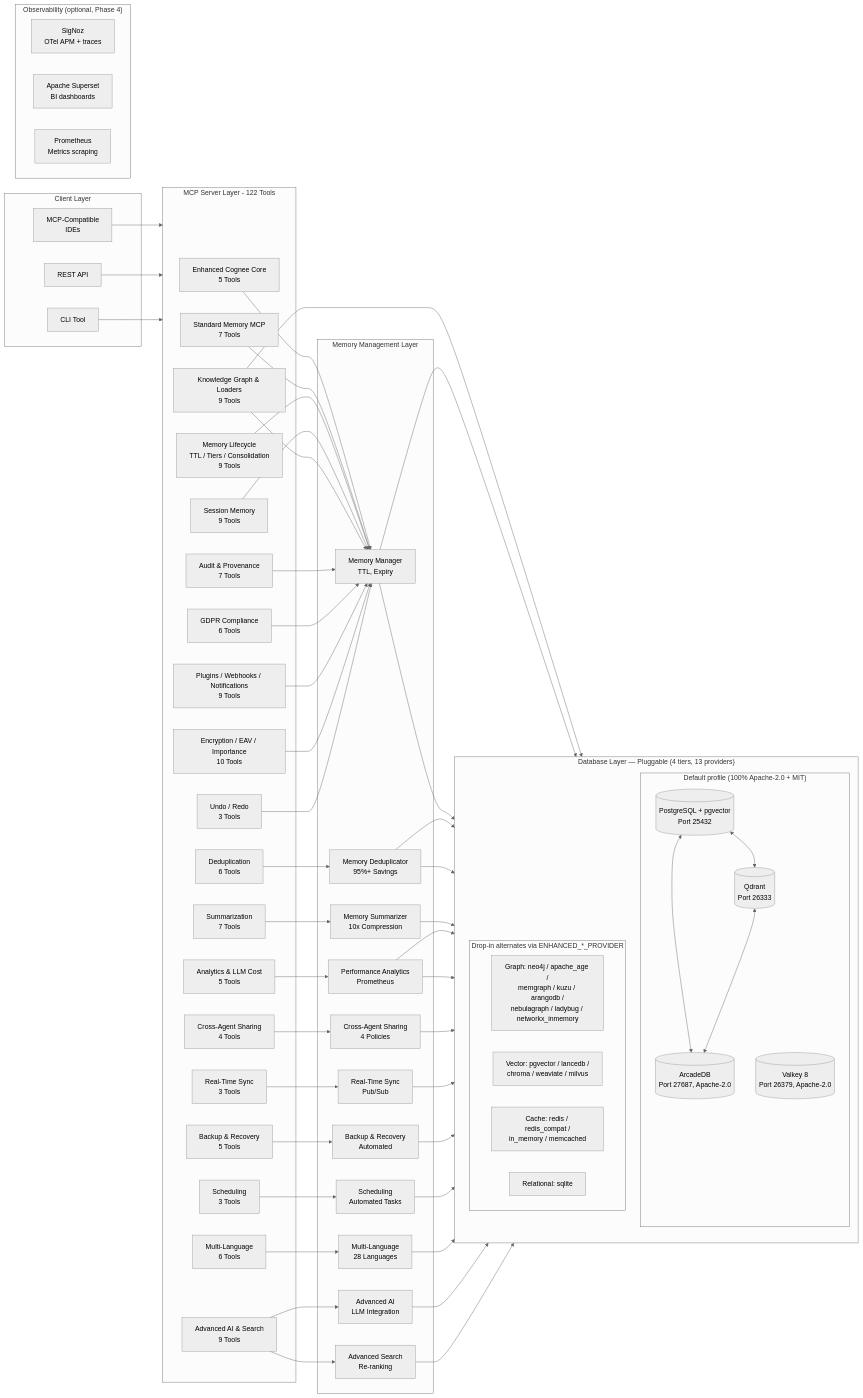
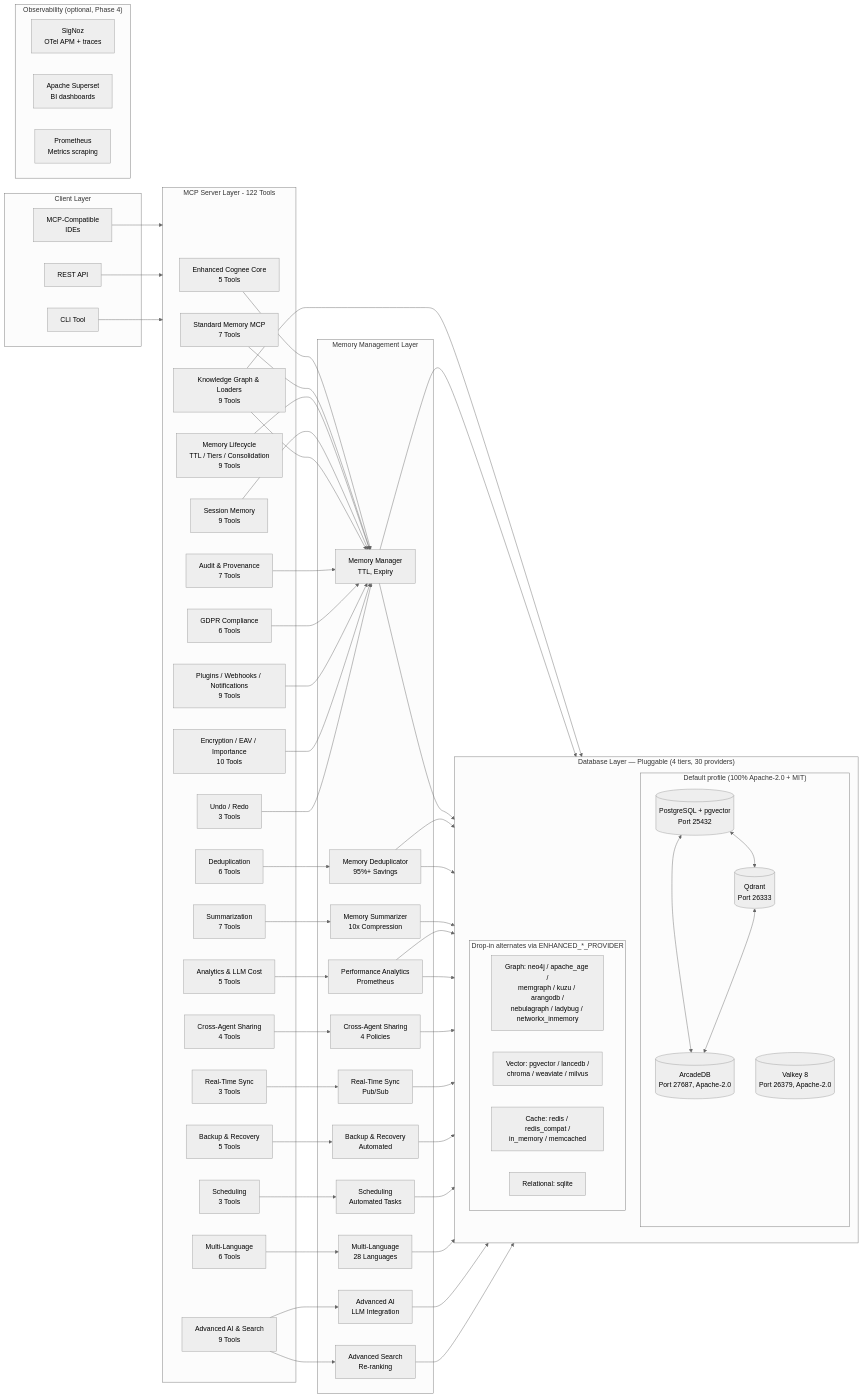
Before and after one commit to vincentspereira/Enhanced-Cognee: the first of 4 diagrams in README.md, drawn with Mermaid (neutral theme). The commit also changed other lines of this file, not shown here.

```diff
--- a/README.md
+++ b/README.md
@@ -825,7 +850,7 @@
         AS[Advanced Search<br/>Re-ranking]
     end
 
-    subgraph DB["Database Layer — Pluggable (4 tiers, 13 providers)"]
+    subgraph DB["Database Layer — Pluggable (4 tiers, 30 providers)"]
         direction TB
         subgraph Defaults["Default profile (100% Apache-2.0 + MIT)"]
             PG[(PostgreSQL + pgvector<br/>Port 25432)]
```
